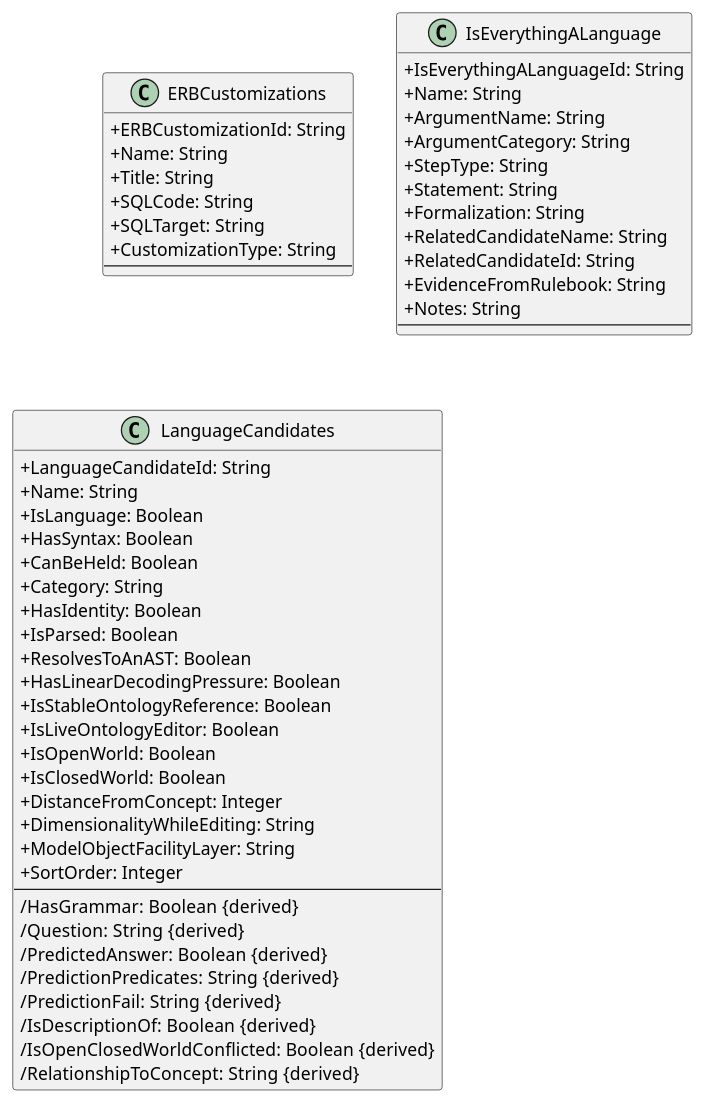
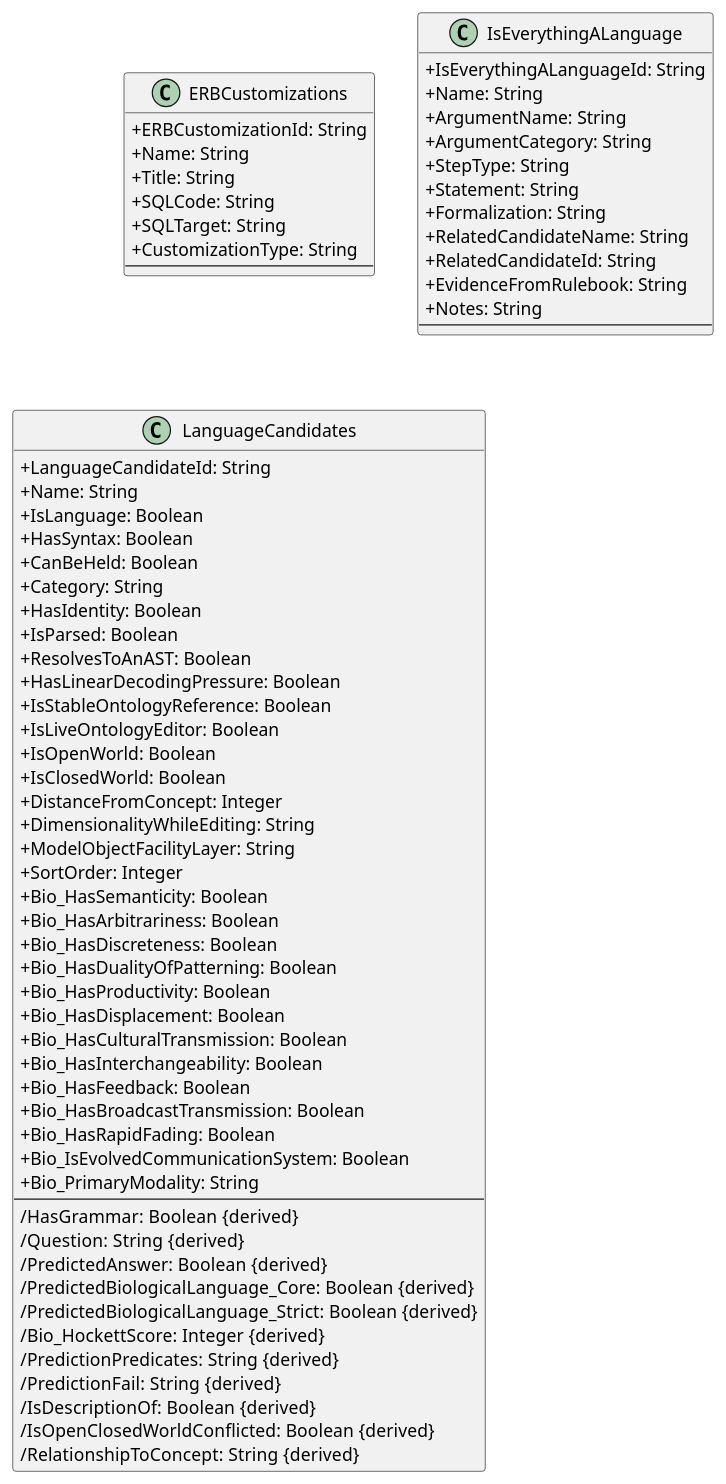
One commit to eejai42/is-everything-really-a-language changed the diagram in execution-substrates/uml/class-diagram.puml. Above: the diagram before and after it, drawn with PlantUML. The commit also changed 77 other files, not shown here.

```diff
--- a/execution-substrates/uml/class-diagram.puml
+++ b/execution-substrates/uml/class-diagram.puml
@@ -1,59 +1,75 @@
 @startuml
 skinparam classAttributeIconSize 0
 
 class ERBCustomizations {
   +ERBCustomizationId: String
   +Name: String
   +Title: String
   +SQLCode: String
   +SQLTarget: String
   +CustomizationType: String
   --
 }
 
 class IsEverythingALanguage {
   +IsEverythingALanguageId: String
   +Name: String
   +ArgumentName: String
   +ArgumentCategory: String
   +StepType: String
   +Statement: String
   +Formalization: String
   +RelatedCandidateName: String
   +RelatedCandidateId: String
   +EvidenceFromRulebook: String
   +Notes: String
   --
 }
 
 class LanguageCandidates {
   +LanguageCandidateId: String
   +Name: String
   +IsLanguage: Boolean
   +HasSyntax: Boolean
   +CanBeHeld: Boolean
   +Category: String
   +HasIdentity: Boolean
   +IsParsed: Boolean
   +ResolvesToAnAST: Boolean
   +HasLinearDecodingPressure: Boolean
   +IsStableOntologyReference: Boolean
   +IsLiveOntologyEditor: Boolean
   +IsOpenWorld: Boolean
   +IsClosedWorld: Boolean
   +DistanceFromConcept: Integer
   +DimensionalityWhileEditing: String
   +ModelObjectFacilityLayer: String
   +SortOrder: Integer
+  +Bio_HasSemanticity: Boolean
+  +Bio_HasArbitrariness: Boolean
+  +Bio_HasDiscreteness: Boolean
+  +Bio_HasDualityOfPatterning: Boolean
+  +Bio_HasProductivity: Boolean
+  +Bio_HasDisplacement: Boolean
+  +Bio_HasCulturalTransmission: Boolean
+  +Bio_HasInterchangeability: Boolean
+  +Bio_HasFeedback: Boolean
+  +Bio_HasBroadcastTransmission: Boolean
+  +Bio_HasRapidFading: Boolean
+  +Bio_IsEvolvedCommunicationSystem: Boolean
+  +Bio_PrimaryModality: String
   --
   /HasGrammar: Boolean  {derived}
   /Question: String  {derived}
   /PredictedAnswer: Boolean  {derived}
+  /PredictedBiologicalLanguage_Core: Boolean  {derived}
+  /PredictedBiologicalLanguage_Strict: Boolean  {derived}
+  /Bio_HockettScore: Integer  {derived}
   /PredictionPredicates: String  {derived}
   /PredictionFail: String  {derived}
   /IsDescriptionOf: Boolean  {derived}
   /IsOpenClosedWorldConflicted: Boolean  {derived}
   /RelationshipToConcept: String  {derived}
 }
 
 @enduml
```
